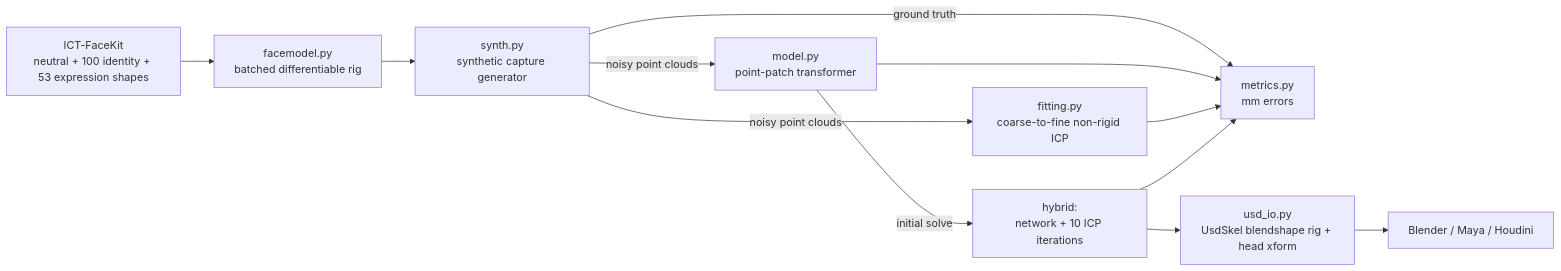
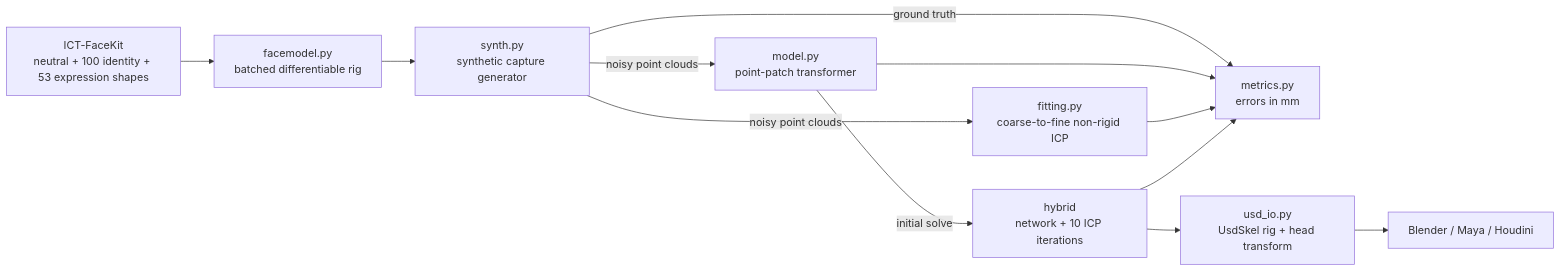
Before and after one commit to FahadNafeesAhmed/adaptive-neural-facial-deformer: the diagram in README.md, drawn with Mermaid. The commit also changed other lines of this file, not shown here.

````diff
--- a/README.md
+++ b/README.md
@@ -41,12 +109,12 @@
 ```mermaid
 flowchart LR
     ICT[ICT-FaceKit<br/>neutral + 100 identity + 53 expression shapes] --> FM[facemodel.py<br/>batched differentiable rig]
     FM --> SYN[synth.py<br/>synthetic capture generator]
     SYN -- noisy point clouds --> NET[model.py<br/>point-patch transformer]
     SYN -- noisy point clouds --> ICP[fitting.py<br/>coarse-to-fine non-rigid ICP]
-    NET -- initial solve --> HYB[hybrid:<br/>network + 10 ICP iterations]
-    SYN -- ground truth --> MET[metrics.py<br/>mm errors]
+    NET -- initial solve --> HYB[hybrid<br/>network + 10 ICP iterations]
+    SYN -- ground truth --> MET[metrics.py<br/>errors in mm]
     NET & ICP & HYB --> MET
-    HYB --> USD[usd_io.py<br/>UsdSkel blendshape rig + head xform]
+    HYB --> USD[usd_io.py<br/>UsdSkel rig + head transform]
     USD --> DCC[Blender / Maya / Houdini]
 ```
````
